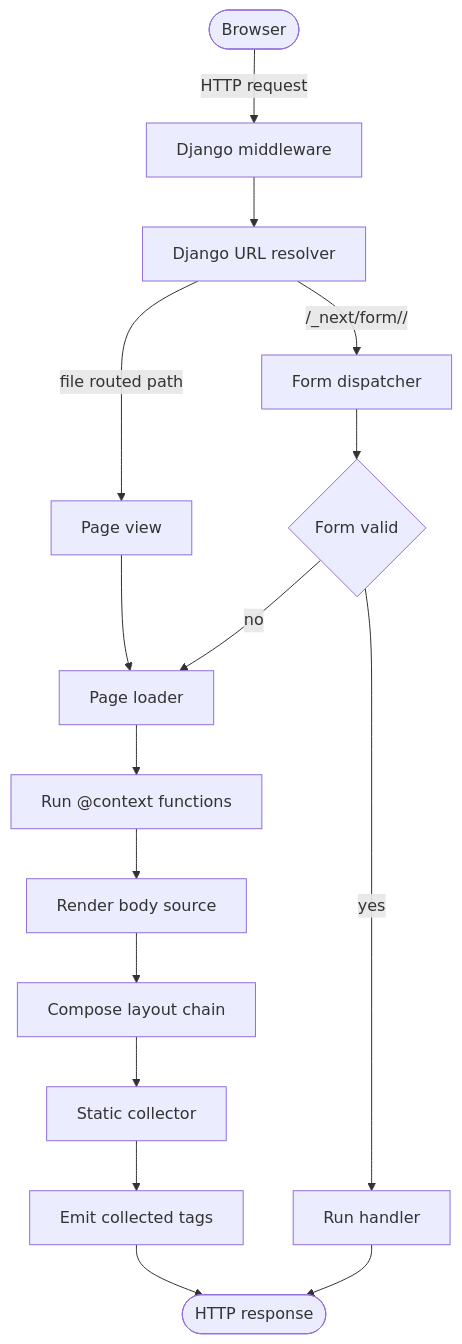
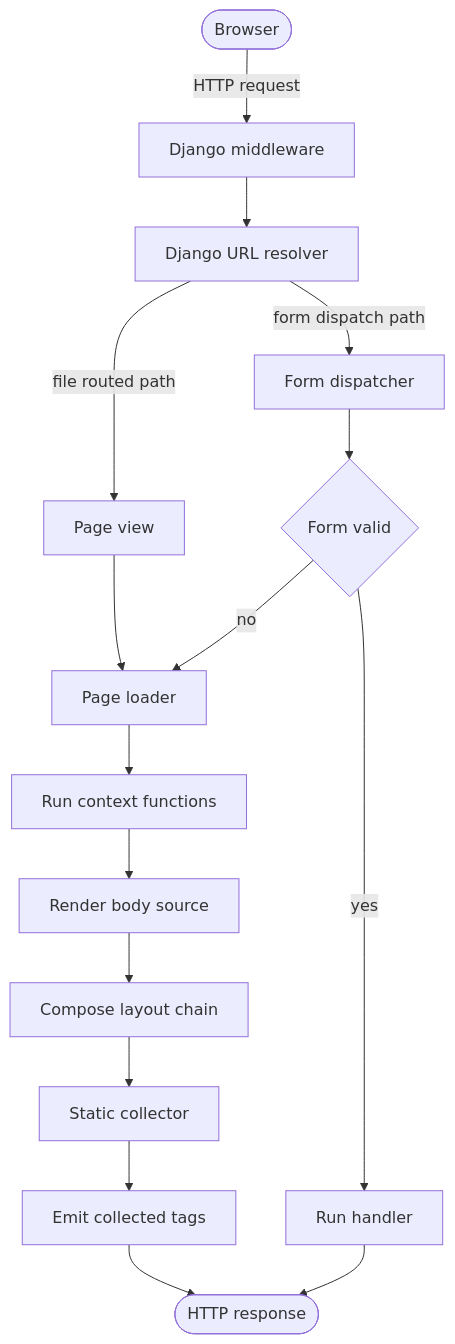
The diagram in docs/content/internals/request-lifecycle.rst (next-dj/next-dj), drawn with Mermaid before and after one commit. The commit also changed 71 other files, not shown here.

```diff
--- a/docs/content/internals/request-lifecycle.rst
+++ b/docs/content/internals/request-lifecycle.rst
@@ -22,18 +22,18 @@
 .. mermaid::
 
    flowchart TB
-       Browser([Browser]) -- HTTP request --> Django[Django middleware]
-       Django --> Resolver[Django URL resolver]
-       Resolver -- "/_next/form/<uid>/" --> FormDispatch[Form dispatcher]
-       Resolver -- file routed path --> PageView[Page view]
-       PageView --> Loader[Page loader]
-       Loader --> ContextCtx[Run @context functions]
-       ContextCtx --> RenderBody[Render body source]
-       RenderBody --> LayoutChain[Compose layout chain]
-       LayoutChain --> CollectAssets[Static collector]
-       CollectAssets --> InjectTags[Emit collected tags]
-       InjectTags --> Response([HTTP response])
-       FormDispatch --> Validation{Form valid}
-       Validation -- yes --> Handler[Run handler]
+       Browser(["Browser"]) -- HTTP request --> Django["Django middleware"]
+       Django --> Resolver["Django URL resolver"]
+       Resolver -- form dispatch path --> FormDispatch["Form dispatcher"]
+       Resolver -- file routed path --> PageView["Page view"]
+       PageView --> Loader["Page loader"]
+       Loader --> ContextCtx["Run context functions"]
+       ContextCtx --> RenderBody["Render body source"]
+       RenderBody --> LayoutChain["Compose layout chain"]
+       LayoutChain --> CollectAssets["Static collector"]
+       CollectAssets --> InjectTags["Emit collected tags"]
+       InjectTags --> Response(["HTTP response"])
+       FormDispatch --> Validation{"Form valid"}
+       Validation -- yes --> Handler["Run handler"]
        Handler --> Response
        Validation -- no --> Loader
```
